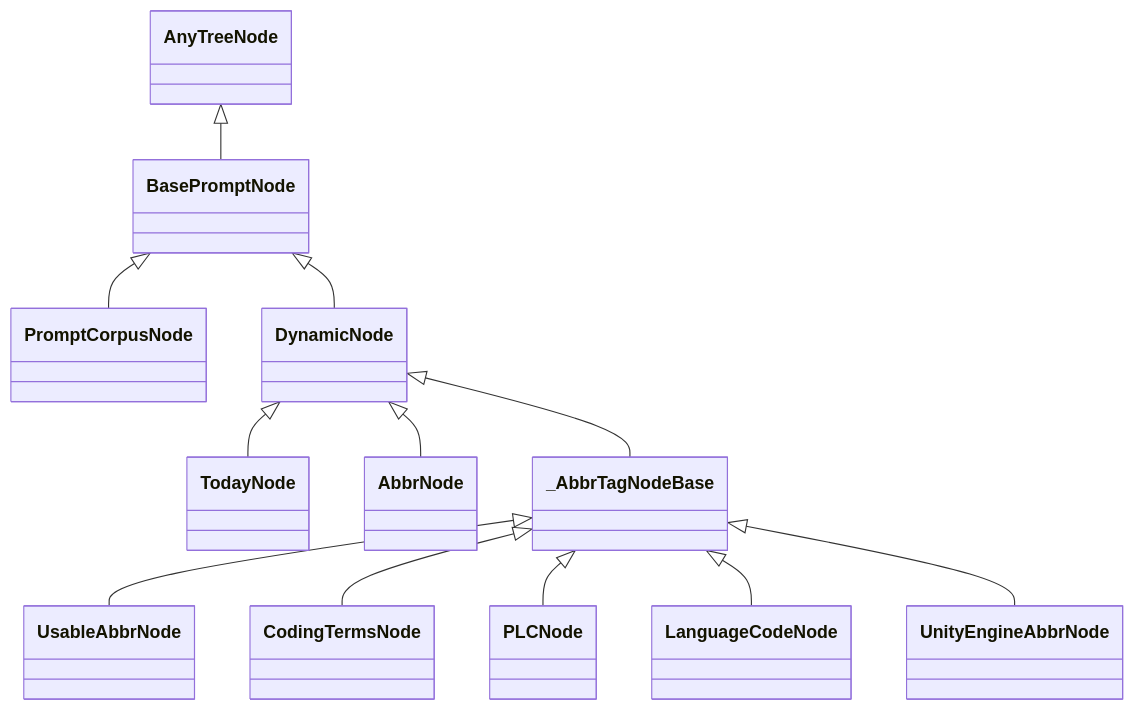
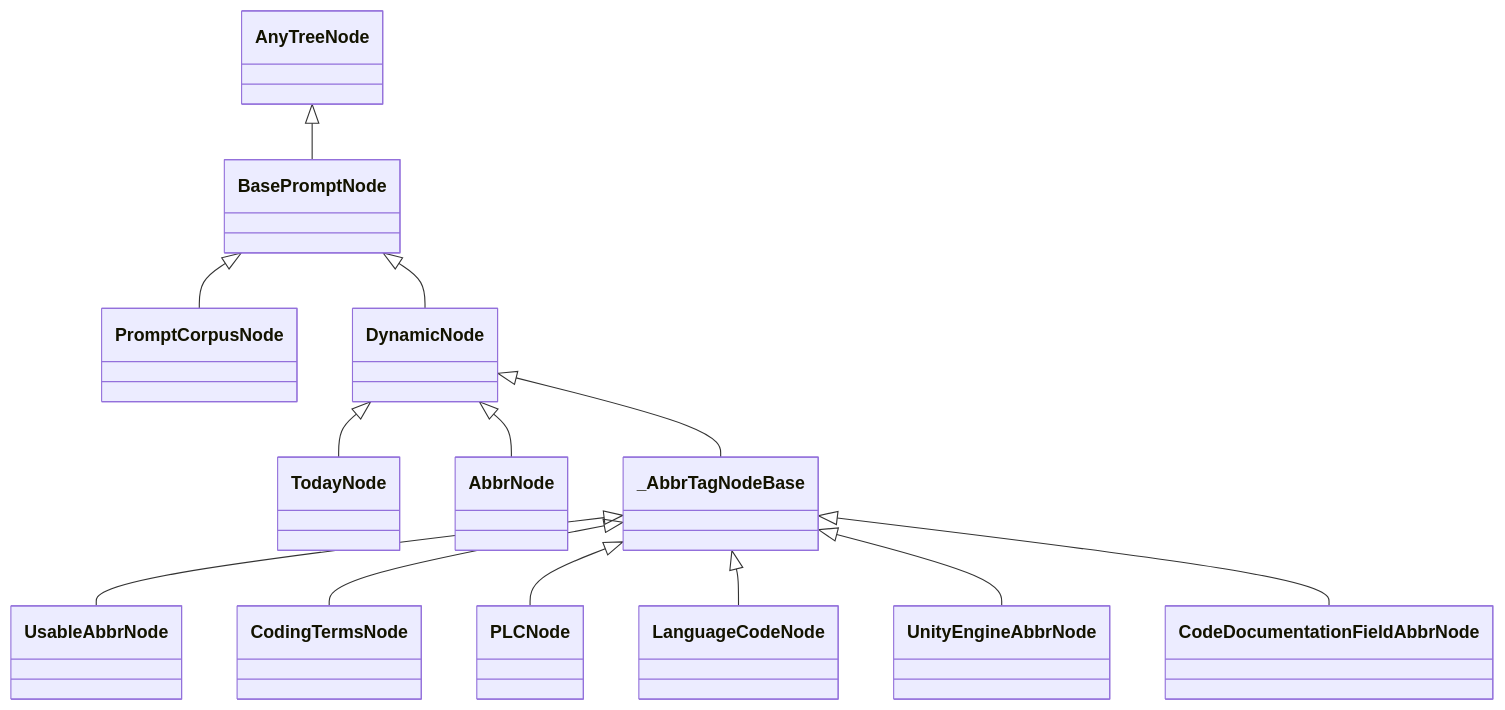
The diagram in docs/programmatic-api-doc.md (kami-lel/kaye-engine), drawn with Mermaid before and after one commit. The commit also changed 5 other files, not shown here.

First line of the commit message:
add CodeDocumentationFieldAbbrNode: new abbr tag, node, docs, tests

````diff
--- a/docs/programmatic-api-doc.md
+++ b/docs/programmatic-api-doc.md
@@ -225,14 +225,15 @@
 ```mermaid
 classDiagram
     AnyTreeNode <|-- BasePromptNode
     BasePromptNode <|-- PromptCorpusNode
     BasePromptNode <|-- DynamicNode
     DynamicNode <|-- TodayNode
     DynamicNode <|-- AbbrNode
     DynamicNode <|-- _AbbrTagNodeBase
     _AbbrTagNodeBase <|-- UsableAbbrNode
     _AbbrTagNodeBase <|-- CodingTermsNode
     _AbbrTagNodeBase <|-- PLCNode
     _AbbrTagNodeBase <|-- LanguageCodeNode
     _AbbrTagNodeBase <|-- UnityEngineAbbrNode
+    _AbbrTagNodeBase <|-- CodeDocumentationFieldAbbrNode
 ```
````
